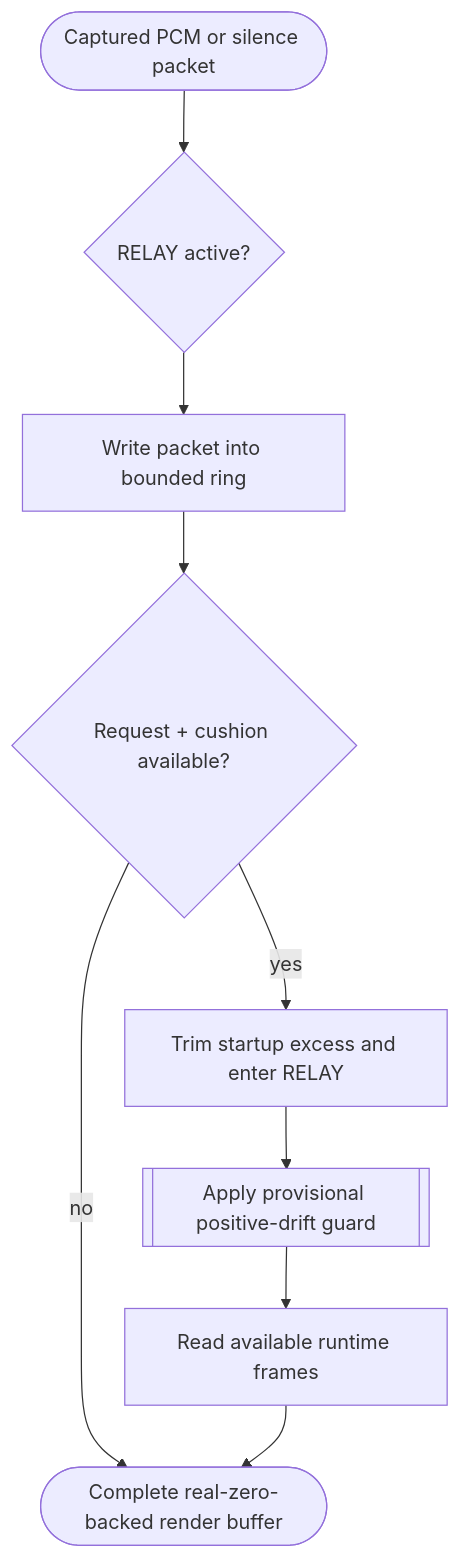
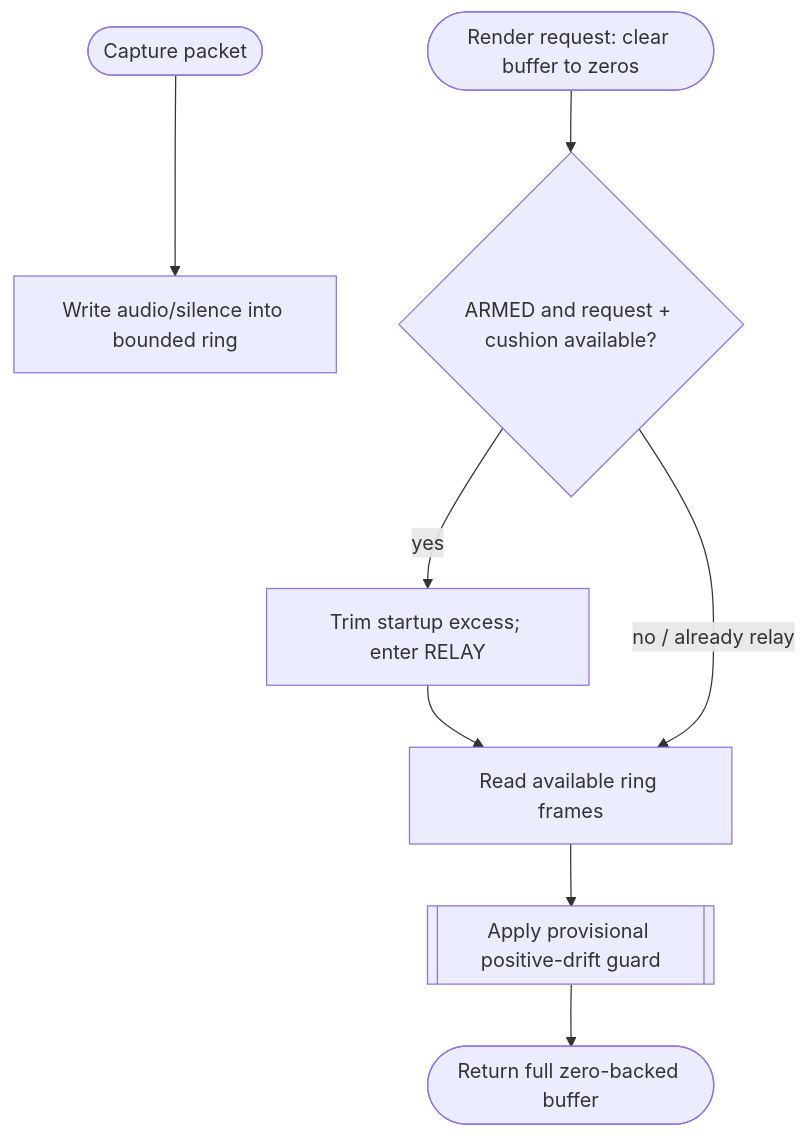
Before and after one commit to STanJK/LE-Audio-Relay: the diagram in VF/pcm-relay-boundary.vf.md, drawn with Mermaid. The commit also changed other lines of this file and 10 other files, not shown here.

Commit message:
docs(vfkb): refactor current semantic graph around ownership and liveness

````diff
--- a/VF/pcm-relay-boundary.vf.md
+++ b/VF/pcm-relay-boundary.vf.md
@@ -67,48 +75,20 @@
 ```mermaid
 flowchart TD
-    %% vf:flow id="pcm-boundary"
+    packet(["Capture packet"])
+    write["Write audio/silence into bounded ring"]
+    render(["Render request: clear buffer to zeros"])
+    ready{"ARMED and request + cushion available?"}
+    activate["Trim startup excess; enter RELAY"]
 
-    %% vf:element kind="input"
-    packet(["Captured PCM or silence packet"])
-
-    %% vf:element kind="decision"
-    %% vf:guard expr="RelayActive" source="boundary"
-    relay{"RELAY active?"}
-
-    %% vf:element kind="action"
-    %% vf:op call target="_ring.Write" args="buffer,maxFillFrames" source="boundary"
-    write["Write packet into bounded ring"]
-
-    %% vf:element kind="decision"
-    %% vf:guard expr="observedFill >= requiredFill" source="boundary"
-    ready{"Request + cushion available?"}
-
-    %% vf:element kind="action"
-    %% vf:op call target="_ring.Discard" args="excess" source="boundary"
-    activate["Trim startup excess and enter RELAY"]
-
-    %% vf:element kind="child"
     %% vf:expand node="leaudio-router.round4-shell.worker-generation.route-session.pcm-relay-boundary.provisional-positive-drift-guard"
     guard[["Apply provisional positive-drift guard"]]
 
-    %% vf:element kind="action"
-    %% vf:op call target="_ring.Read" args="buffer,requestedFrames" source="boundary"
-    read["Read available runtime frames"]
+    read["Read available ring frames"]
+    output(["Return full zero-backed buffer"])
 
-    %% vf:element kind="output"
-    render(["Complete real-zero-backed render buffer"])
-
-    packet --> relay
-    relay --> write
-    write --> ready
-
-    %% vf:branch when="observedFill >= requiredFill"
-    ready -->|"yes"| activate
-
-    %% vf:branch when="observedFill < requiredFill"
-    ready -->|"no"| render
-
-    activate --> guard
-    guard --> read
-    read --> render
+    packet --> write
+    render --> ready
+    ready -->|"yes"| activate --> read
+    ready -->|"no / already relay"| read
+    read --> guard --> output
 ```
````
